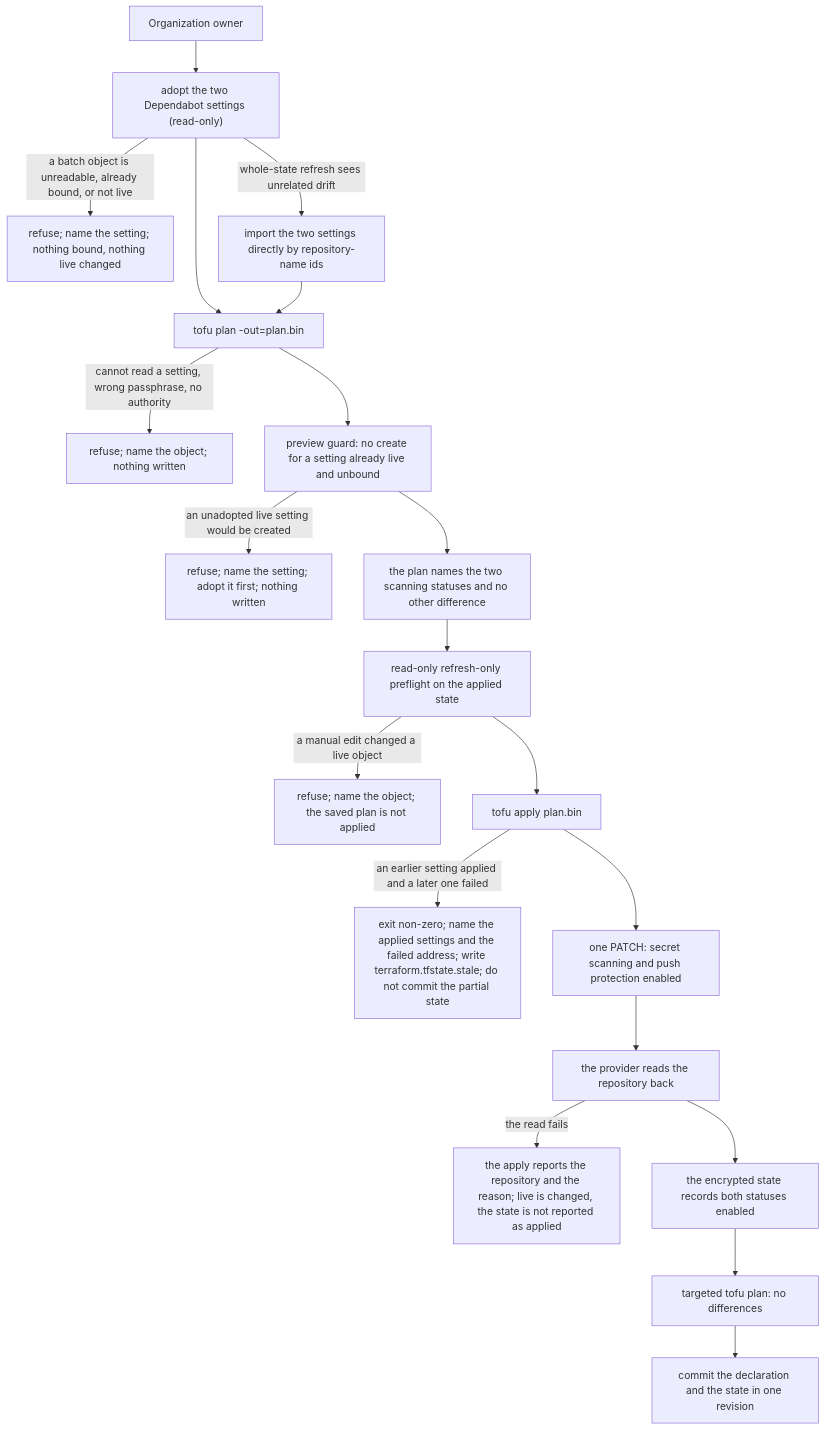
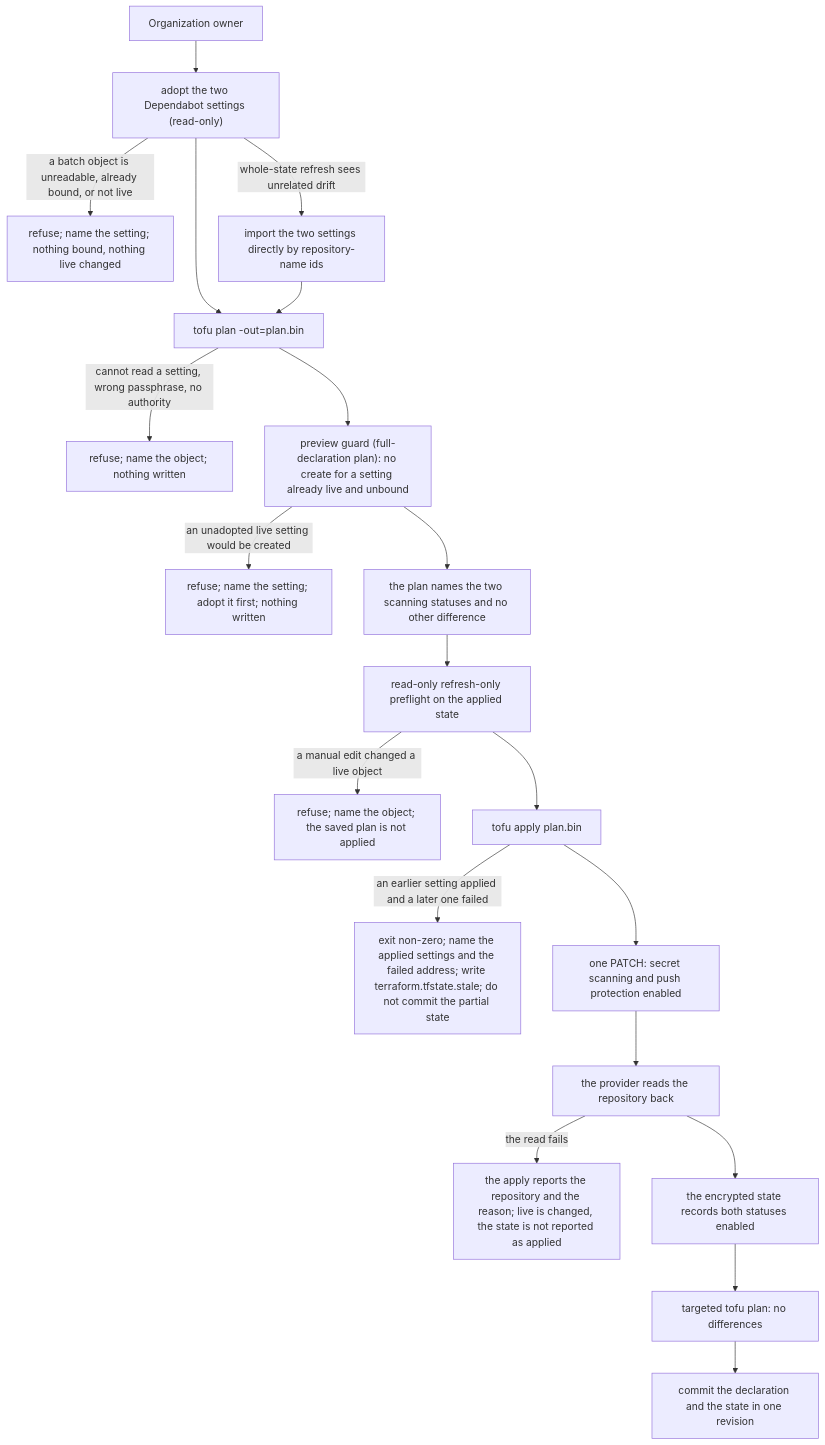
The eighth of 8 diagrams in docs/arc42/06-runtime-view.md (duty2cal/duty2cal), drawn with Mermaid before and after one commit. The commit also changed 6 other files, not shown here.

Commit message:
docs(enable-repository-security): split the guard plan from the targeted apply plan

````diff
--- a/docs/arc42/06-runtime-view.md
+++ b/docs/arc42/06-runtime-view.md
@@ -209,22 +209,22 @@
 ```mermaid
 flowchart TB
   owner["Organization owner"] --> adopt["adopt the two Dependabot settings (read-only)"]
   adopt -->|"a batch object is unreadable, already bound, or not live"| stopnone["refuse; name the setting; nothing bound, nothing live changed"]
   adopt -->|"whole-state refresh sees unrelated drift"| direct["import the two settings directly by repository-name ids"]
   adopt --> plan["tofu plan -out=plan.bin"]
   direct --> plan
   plan -->|"cannot read a setting, wrong passphrase, no authority"| stopnone2["refuse; name the object; nothing written"]
-  plan --> guard["preview guard: no create for a setting already live and unbound"]
+  plan --> guard["preview guard (full-declaration plan): no create for a setting already live and unbound"]
   guard -->|"an unadopted live setting would be created"| stopguard["refuse; name the setting; adopt it first; nothing written"]
   guard --> read["the plan names the two scanning statuses and no other difference"]
   read --> preflight["read-only refresh-only preflight on the applied state"]
   preflight -->|"a manual edit changed a live object"| stophange["refuse; name the object; the saved plan is not applied"]
   preflight --> apply["tofu apply plan.bin"]
   apply -->|"an earlier setting applied and a later one failed"| partial["exit non-zero; name the applied settings and the failed address; write terraform.tfstate.stale; do not commit the partial state"]
   apply --> patch["one PATCH: secret scanning and push protection enabled"]
   patch --> back["the provider reads the repository back"]
   back -->|"the read fails"| err["the apply reports the repository and the reason; live is changed, the state is not reported as applied"]
   back --> recorded["the encrypted state records both statuses enabled"]
   recorded --> again["targeted tofu plan: no differences"]
   again --> commit["commit the declaration and the state in one revision"]
 ```
````
